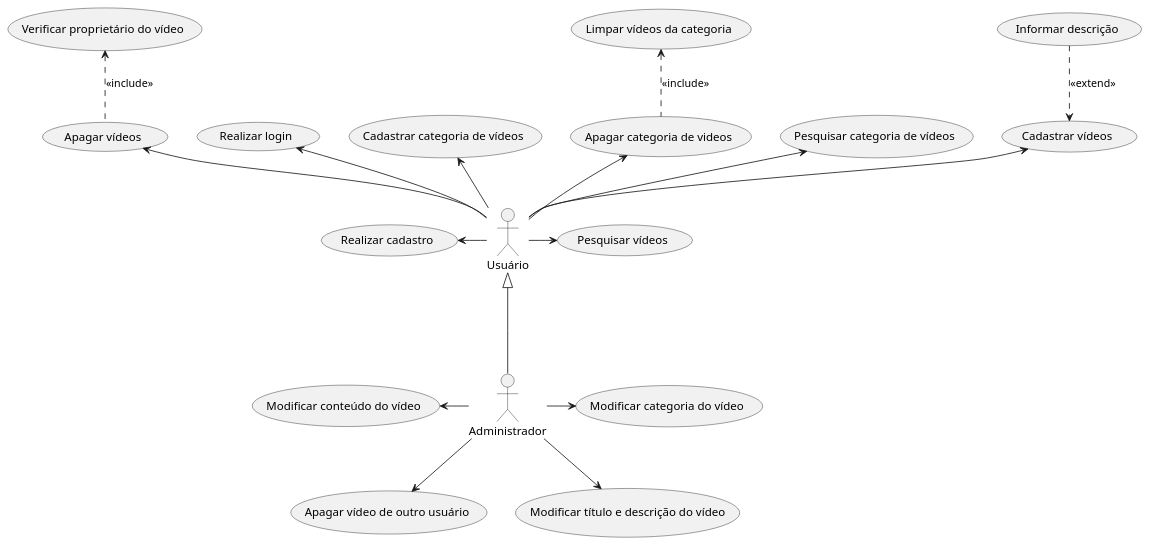
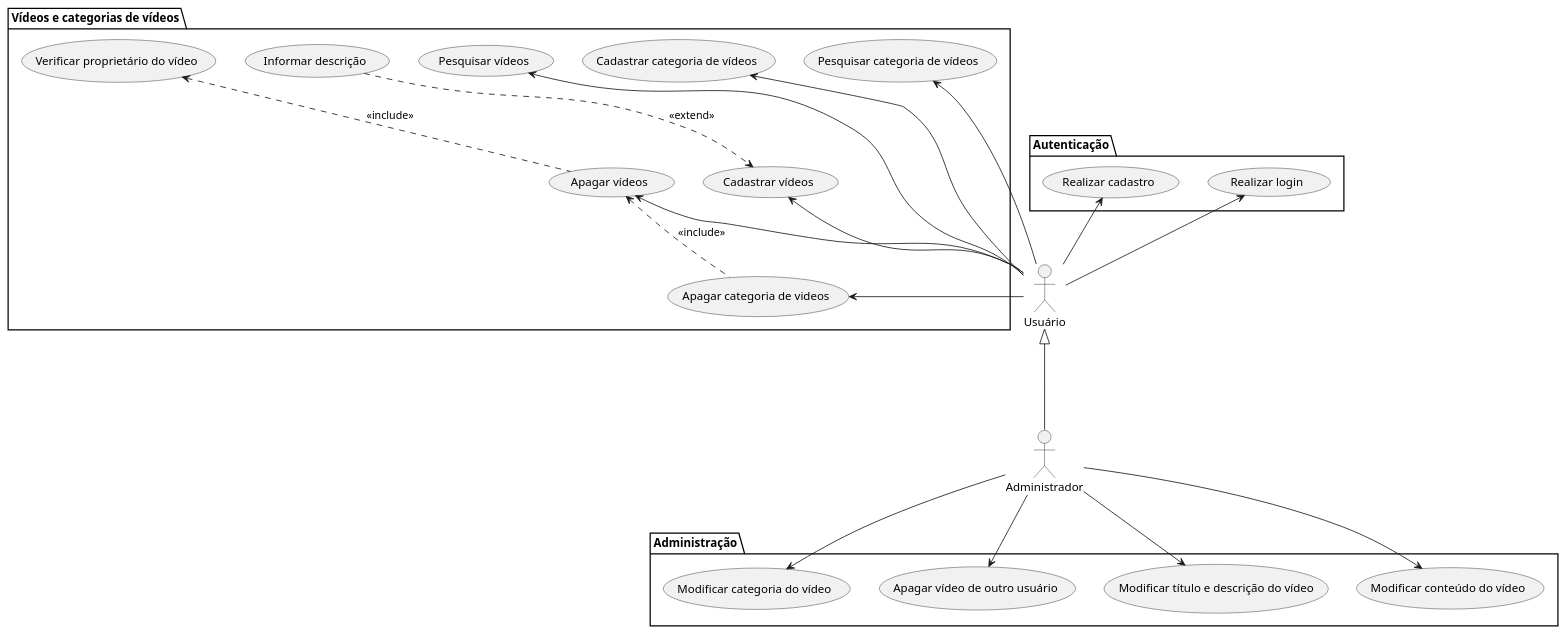
One commit to MurylloEx/DevFlix-PSW changed the diagram in DevFlix.puml. Above: the diagram before and after it, drawn with PlantUML.

Commit message:
feat: agrupando os casos de usos em pacote; refactor: apagando o caso de uso Limpar videos da categoria

```diff
--- a/DevFlix.puml
+++ b/DevFlix.puml
@@ -1,52 +1,65 @@
 @startuml DevFlix
 skinparam Style strictuml
 
 :Usuário: as usuario
 :Administrador: as administrador
 
+
+
+
+
+
+
 /' Casos de uso do usuário '/
-(Realizar cadastro) as cadastro
-(Realizar login) as login
-(Apagar vídeos) as apagarv
-(Pesquisar vídeos) as pesqv
-(Cadastrar vídeos) as cadv
-(Informar descrição) as infdesc
-(Pesquisar categoria de vídeos) as pesqcatv
-(Cadastrar categoria de vídeos) as cadcatv
-(Apagar categoria de videos) as apgcatv
-(Limpar vídeos da categoria) as limcatv
-(Verificar proprietário do vídeo) as verifprop
+package Autenticação {
+    (Realizar cadastro) as cadastro
+    (Realizar login) as login
+}
+package "Vídeos e categorias de vídeos" {
+    (Apagar vídeos) as apagarv
+    (Pesquisar vídeos) as pesqv
+    (Cadastrar vídeos) as cadv
+    (Informar descrição) as infdesc
+    (Pesquisar categoria de vídeos) as pesqcatv
+    (Cadastrar categoria de vídeos) as cadcatv
+    (Apagar categoria de videos) as apgcatv
+    (Verificar proprietário do vídeo) as verifprop
+}
+
 
 /' Casos de uso do administrador '/
-(Modificar categoria do vídeo) as modcatv
-(Modificar conteúdo do vídeo) as modcontv
-(Apagar vídeo de outro usuário) as apgvout
-(Modificar título e descrição do vídeo) as modtitdesc
+package Administração {
+    (Modificar categoria do vídeo) as modcatv
+    (Modificar conteúdo do vídeo) as modcontv
+    (Apagar vídeo de outro usuário) as apgvout
+    (Modificar título e descrição do vídeo) as modtitdesc
+}
+
 
 /' Generalização dos atores '/
 usuario <|-down-- administrador
 
 /' Associação dos casos de uso do usuário '/
 usuario -up-> cadv
 usuario -up-> pesqcatv
 usuario -up-> apgcatv
 usuario -right-> pesqv
 usuario -up-> cadcatv
 usuario -up-> login
 usuario -up-> apagarv
 usuario -left-> cadastro
 
 
 /' Include e Extend dos casos de uso do usuário '/
 apagarv .up.> verifprop : <<include>>
-apgcatv .up.> limcatv : <<include>>
+apgcatv .up.> apagarv : <<include>>
 infdesc .down.> cadv : <<extend>>
 
 
 /' Associação dos casos de uso do administrador '/
 administrador -right-> modcatv
 administrador -left-> modcontv
 administrador -down-> apgvout
 administrador -down-> modtitdesc
 
 @enduml
```
